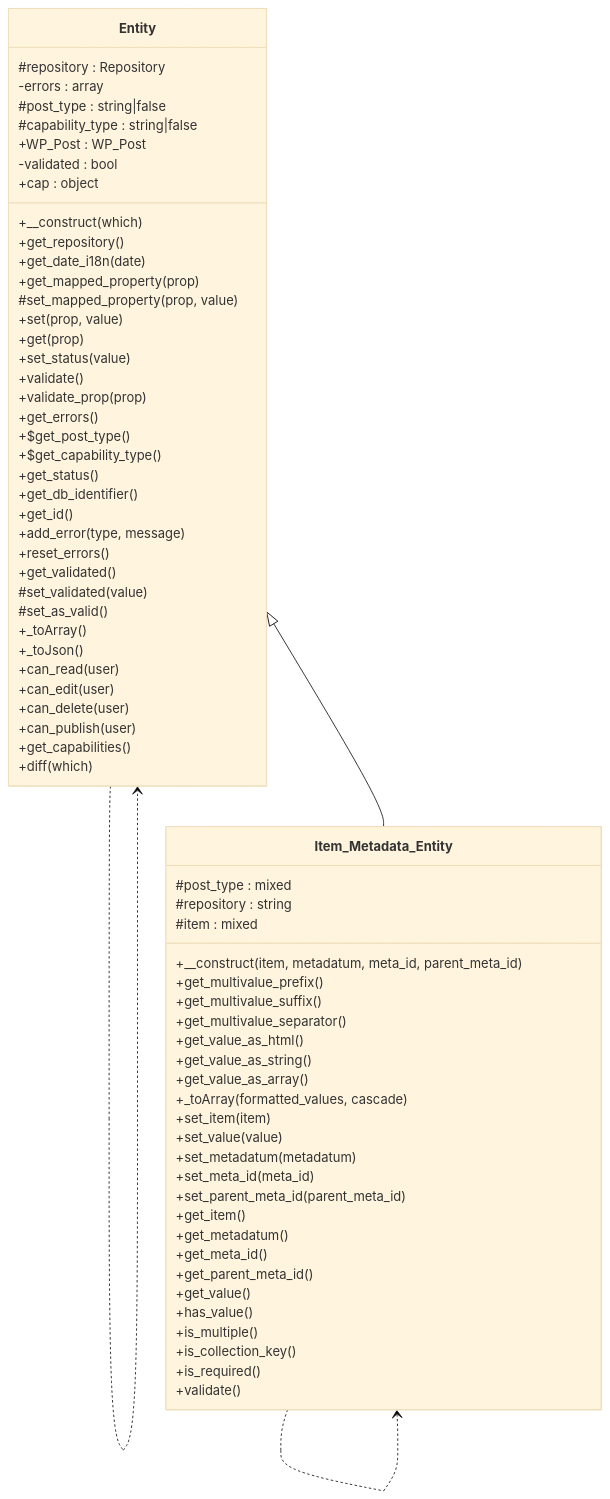
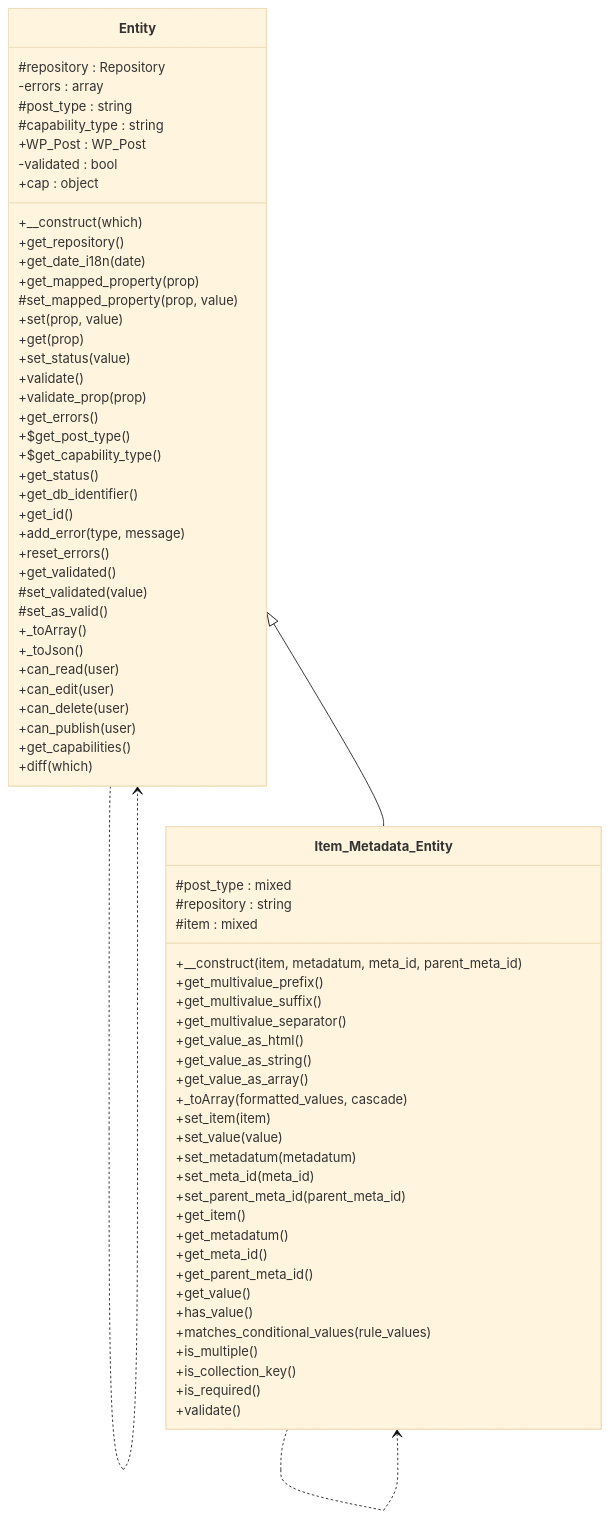
Before and after one commit to tainacan/tainacan: the diagram in docs/phpdoc/classes/Tainacan/Entities/Item_Metadata_Entity.mmd, drawn with Mermaid (base theme). The commit also changed 35 other files, not shown here.

```diff
--- a/docs/phpdoc/classes/Tainacan/Entities/Item_Metadata_Entity.mmd
+++ b/docs/phpdoc/classes/Tainacan/Entities/Item_Metadata_Entity.mmd
@@ -1,71 +1,72 @@
 classDiagram
     direction TB
     class Entity {
         #repository : Repository
         -errors : array
-        #post_type : string|false
-        #capability_type : string|false
+        #post_type : string
+        #capability_type : string
         +WP_Post : WP_Post
         -validated : bool
         +cap : object
         +__construct(which)
         +get_repository()
         +get_date_i18n(date)
         +get_mapped_property(prop)
         #set_mapped_property(prop, value)
         +set(prop, value)
         +get(prop)
         +set_status(value)
         +validate()
         +validate_prop(prop)
         +get_errors()
         +$get_post_type()
         +$get_capability_type()
         +get_status()
         +get_db_identifier()
         +get_id()
         +add_error(type, message)
         +reset_errors()
         +get_validated()
         #set_validated(value)
         #set_as_valid()
         +_toArray()
         +_toJson()
         +can_read(user)
         +can_edit(user)
         +can_delete(user)
         +can_publish(user)
         +get_capabilities()
         +diff(which)
     }
     class Item_Metadata_Entity {
         #post_type : mixed
         #repository : string
         #item : mixed
         +__construct(item, metadatum, meta_id, parent_meta_id)
         +get_multivalue_prefix()
         +get_multivalue_suffix()
         +get_multivalue_separator()
         +get_value_as_html()
         +get_value_as_string()
         +get_value_as_array()
         +_toArray(formatted_values, cascade)
         +set_item(item)
         +set_value(value)
         +set_metadatum(metadatum)
         +set_meta_id(meta_id)
         +set_parent_meta_id(parent_meta_id)
         +get_item()
         +get_metadatum()
         +get_meta_id()
         +get_parent_meta_id()
         +get_value()
         +has_value()
+        +matches_conditional_values(rule_values)
         +is_multiple()
         +is_collection_key()
         +is_required()
         +validate()
     }
     Entity ..> Entity
     Entity <|-- Item_Metadata_Entity
     Item_Metadata_Entity ..> Item_Metadata_Entity
```
